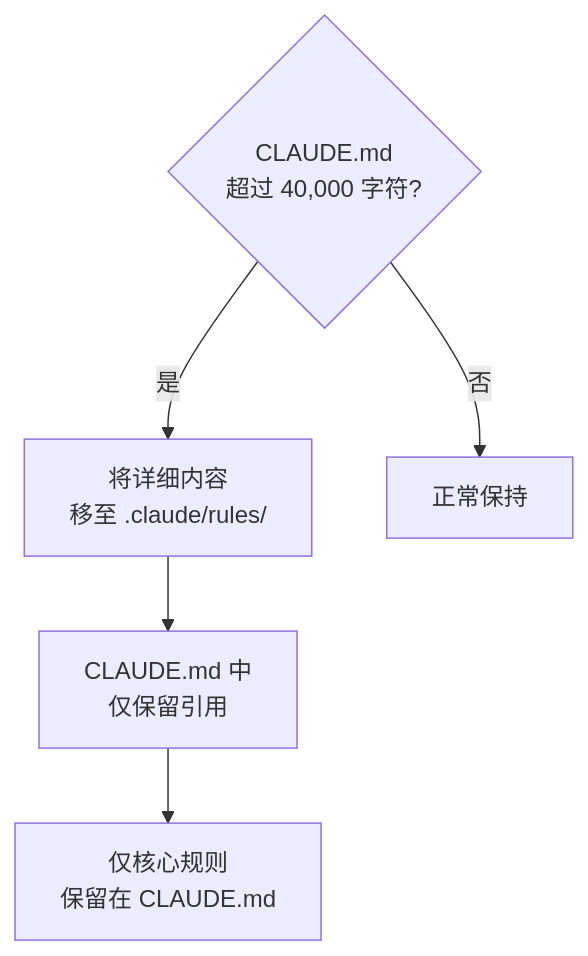
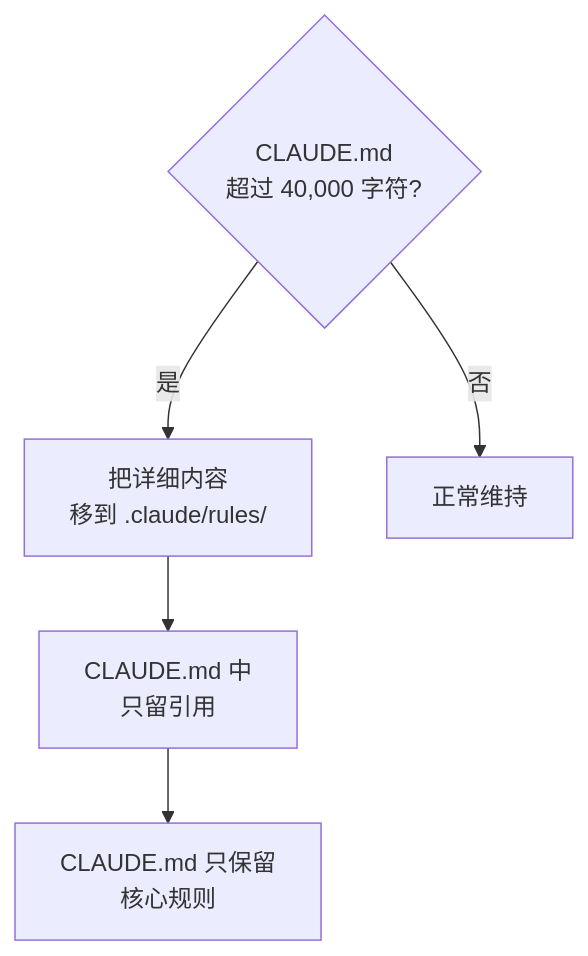
Before and after one commit to modu-ai/moai-adk: the third of 4 diagrams in docs-site/content/zh/advanced/claude-md-guide.md, drawn with Mermaid. The commit also changed other lines of this file and 395 other files, not shown here.

````diff
--- a/docs-site/content/zh/advanced/claude-md-guide.md
+++ b/docs-site/content/zh/advanced/claude-md-guide.md
@@ -258,10 +260,10 @@
 ```mermaid
 flowchart TD
     CHECK{"CLAUDE.md<br>超过 40,000 字符?"}
 
-    CHECK -->|是| MOVE["将详细内容<br>移至 .claude/rules/"]
-    CHECK -->|否| OK["正常保持"]
+    CHECK -->|是| MOVE["把详细内容<br>移到 .claude/rules/"]
+    CHECK -->|否| OK["正常维持"]
 
-    MOVE --> REF["CLAUDE.md 中<br>仅保留引用"]
-    REF --> SLIM["仅核心规则<br>保留在 CLAUDE.md"]
+    MOVE --> REF["CLAUDE.md 中<br>只留引用"]
+    REF --> SLIM["CLAUDE.md 只保留<br>核心规则"]
 ```
````
